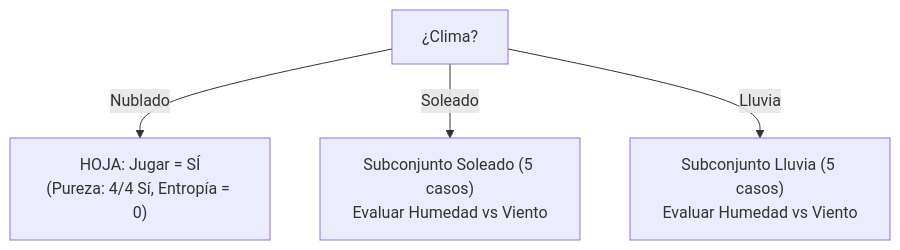
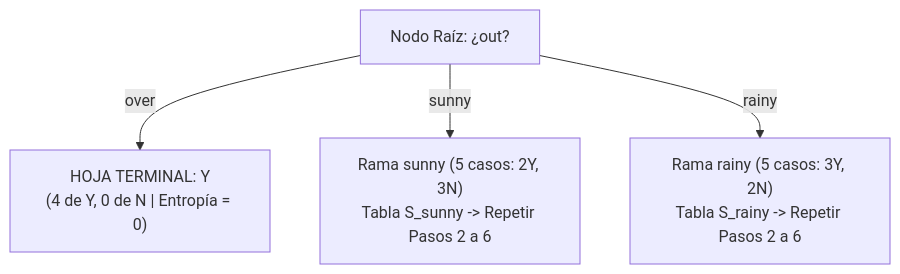
Before and after one commit to Eddyfals0/notas-obsidia-oto-o-2026: the fourth of 5 diagrams in minería de datos/20. Árboles de Decisión, Algoritmo ID3, Entropía de Shannon y Ganancia de Información.md, drawn with Mermaid. The commit also changed other lines of this file, not shown here.

Commit message:
docs(mineria): actualizar Nota 20 con la metodologia formal de 7 pasos y notacion de catedra para ID3

````diff
--- a/minería de datos/20. Árboles de Decisión, Algoritmo ID3, Entropía de Shannon y Ganancia de Información.md
+++ b/minería de datos/20. Árboles de Decisión, Algoritmo ID3, Entropía de Shannon y Ganancia de Información.md
@@ -316,6 +262,7 @@
 ```mermaid
 flowchart TD
-    Root["¿Clima?"] -- Nublado --> L1["HOJA: Jugar = SÍ<br>(Pureza: 4/4 Sí, Entropía = 0)"]
-    Root -- Soleado --> N1["Subconjunto Soleado (5 casos)<br>Evaluar Humedad vs Viento"]
-    Root -- Lluvia --> N2["Subconjunto Lluvia (5 casos)<br>Evaluar Humedad vs Viento"]
+    Root["Nodo Raíz: ¿out?"]
+    Root -- over --> L1["HOJA TERMINAL: Y<br>(4 de Y, 0 de N | Entropía = 0)"]
+    Root -- sunny --> Sub1["Rama sunny (5 casos: 2Y, 3N)<br>Tabla S_sunny -> Repetir Pasos 2 a 6"]
+    Root -- rainy --> Sub2["Rama rainy (5 casos: 3Y, 2N)<br>Tabla S_rainy -> Repetir Pasos 2 a 6"]
 ```
````
